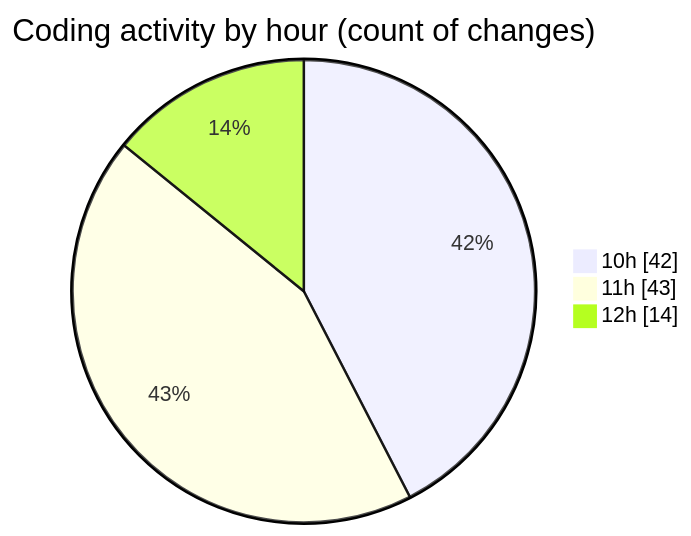
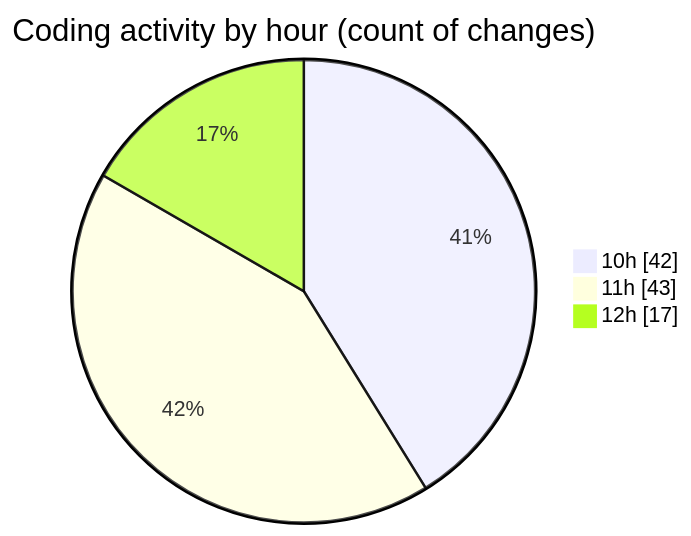
The second of 2 diagrams in 2025-05-15/ecodeli-1/README.md (CELIANVF/code-tracking), drawn with Mermaid before and after one commit. The commit also changed other lines of this file and 1 other file, not shown here.

````diff
--- a/2025-05-15/ecodeli-1/README.md
+++ b/2025-05-15/ecodeli-1/README.md
@@ -58,7 +61,7 @@
 ```mermaid
 pie showData
 title Coding activity by hour (count of changes)
 "10h" : 42
 "11h" : 43
-"12h" : 14
+"12h" : 17
 ```
````
